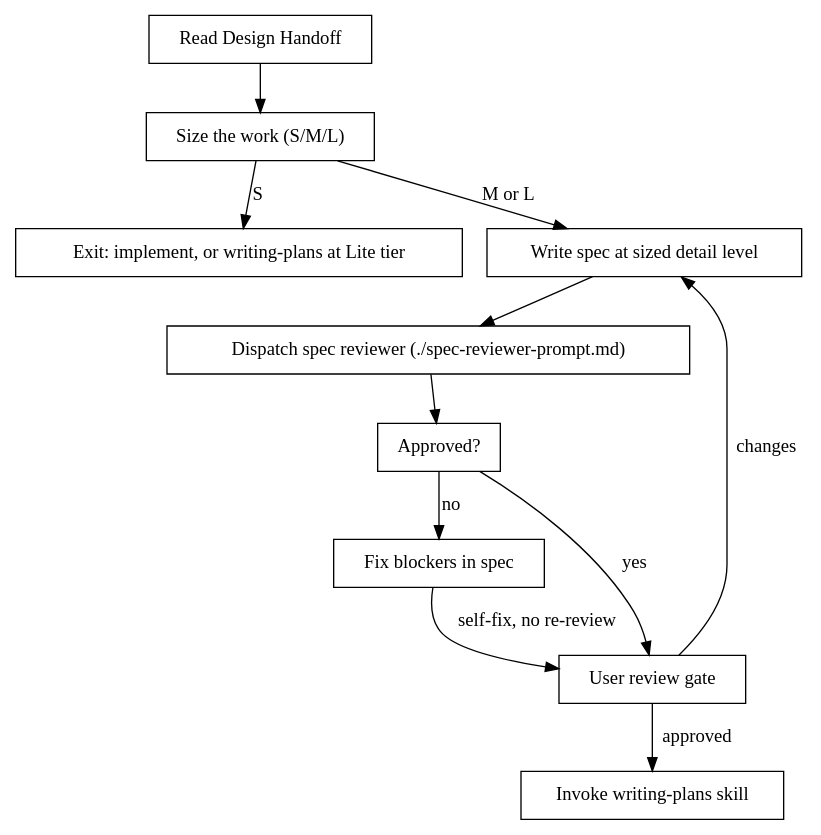
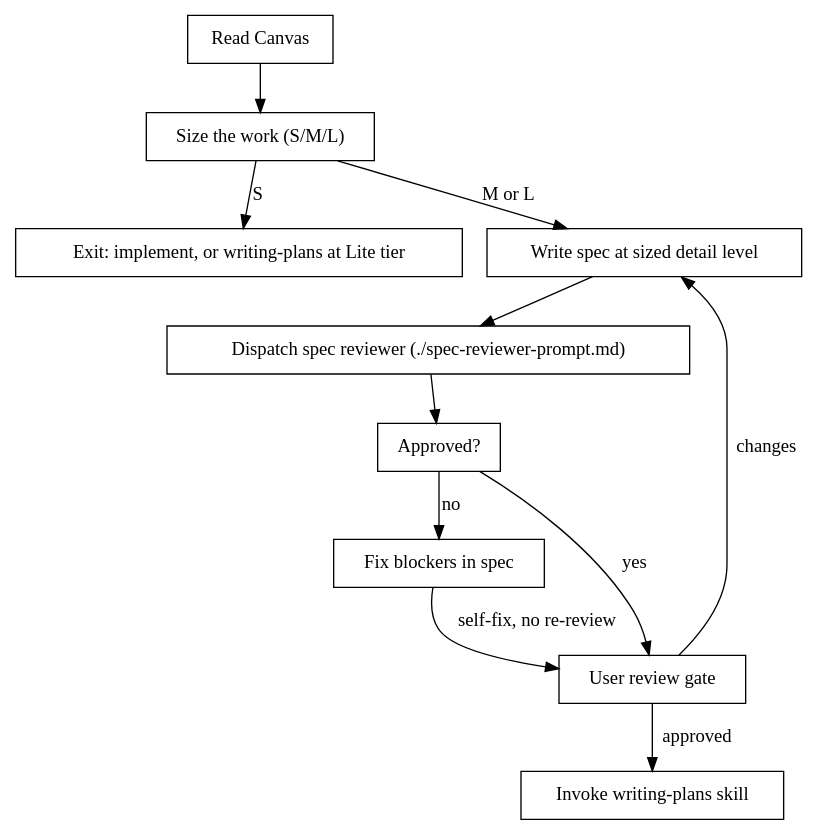
The diagram in skills/write-spec/SKILL.md (D3nnis72/Playbook), drawn with Graphviz before and after one commit. The commit also changed other lines of this file and 4 other files, not shown here.

````diff
--- a/skills/write-spec/SKILL.md
+++ b/skills/write-spec/SKILL.md
@@ -38,17 +38,17 @@
 ```dot
 digraph write_spec {
     rankdir=TB;
     node [shape=box];
 
-    "Read Design Handoff" -> "Size the work (S/M/L)";
+    "Read Canvas" -> "Size the work (S/M/L)";
     "Size the work (S/M/L)" -> "Exit: implement, or writing-plans at Lite tier" [label="S"];
     "Size the work (S/M/L)" -> "Write spec at sized detail level" [label="M or L"];
     "Write spec at sized detail level" -> "Dispatch spec reviewer (./spec-reviewer-prompt.md)";
     "Dispatch spec reviewer (./spec-reviewer-prompt.md)" -> "Approved?";
     "Approved?" -> "Fix blockers in spec" [label="no"];
     "Fix blockers in spec" -> "User review gate" [label="self-fix, no re-review"];
     "Approved?" -> "User review gate" [label="yes"];
     "User review gate" -> "Write spec at sized detail level" [label="changes"];
     "User review gate" -> "Invoke writing-plans skill" [label="approved"];
 }
 ```
````
